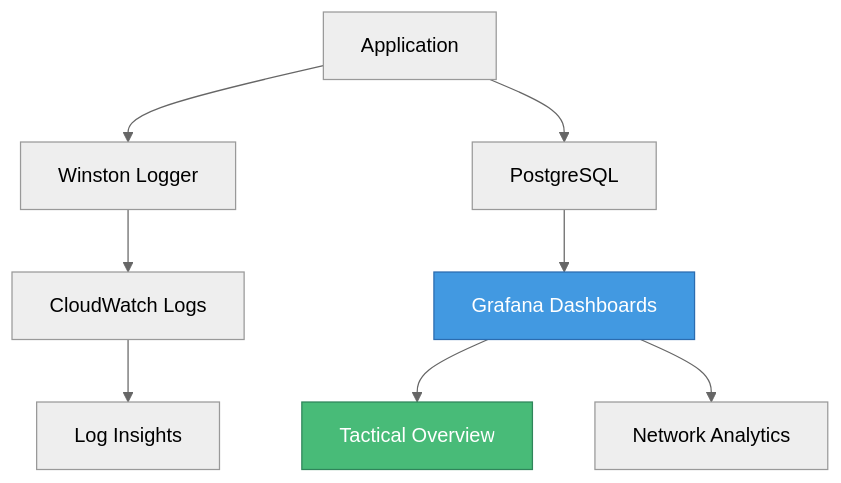
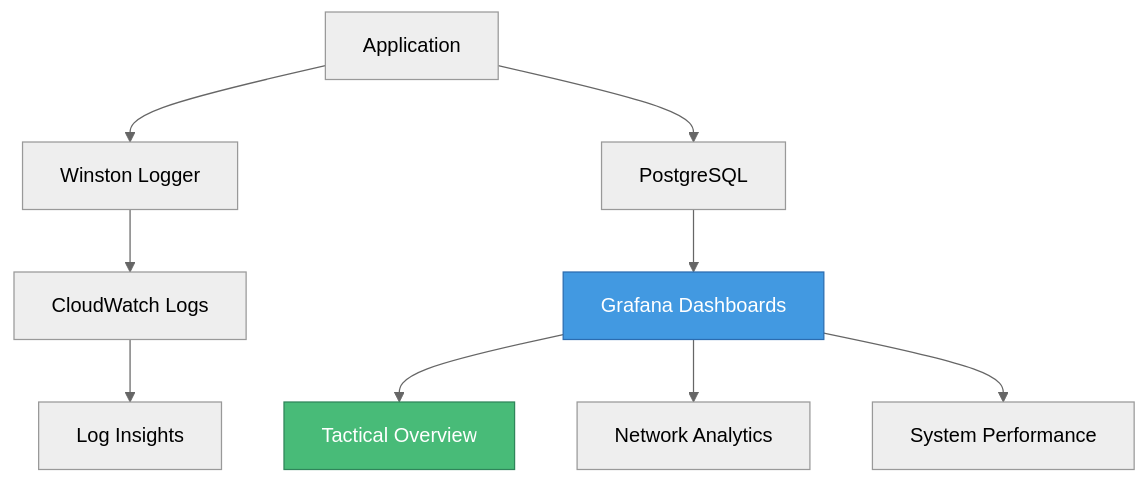
Before and after one commit to cyclonite69/shadowcheck-static: diagram 12 of 17 in .github/wiki/Deployment-Guide.md, drawn with Mermaid (neutral theme). The commit also changed other lines of this file and 13 other files, not shown here.

````diff
--- a/.github/wiki/Deployment-Guide.md
+++ b/.github/wiki/Deployment-Guide.md
@@ -419,16 +419,17 @@
 ```mermaid
 graph TB
     A[Application] --> B[Winston Logger]
     B --> C[CloudWatch Logs]
 
     A --> D[PostgreSQL]
     D --> E[Grafana Dashboards]
 
     E --> F[Tactical Overview]
     E --> G[Network Analytics]
+    E --> H[System Performance]
 
     C --> I[Log Insights]
 
     style E fill:#4299e1,stroke:#2b6cb0,color:#fff
     style F fill:#48bb78,stroke:#2f855a,color:#fff
 ```
````
